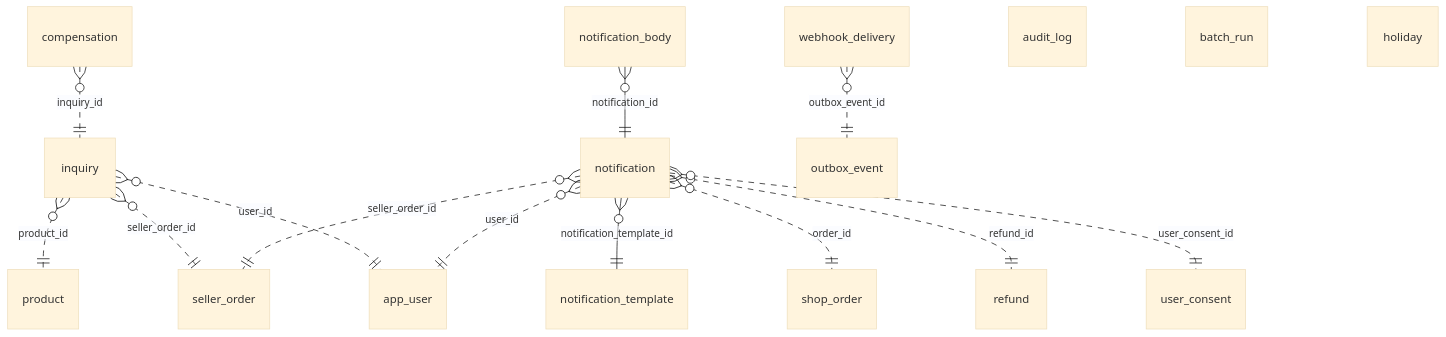
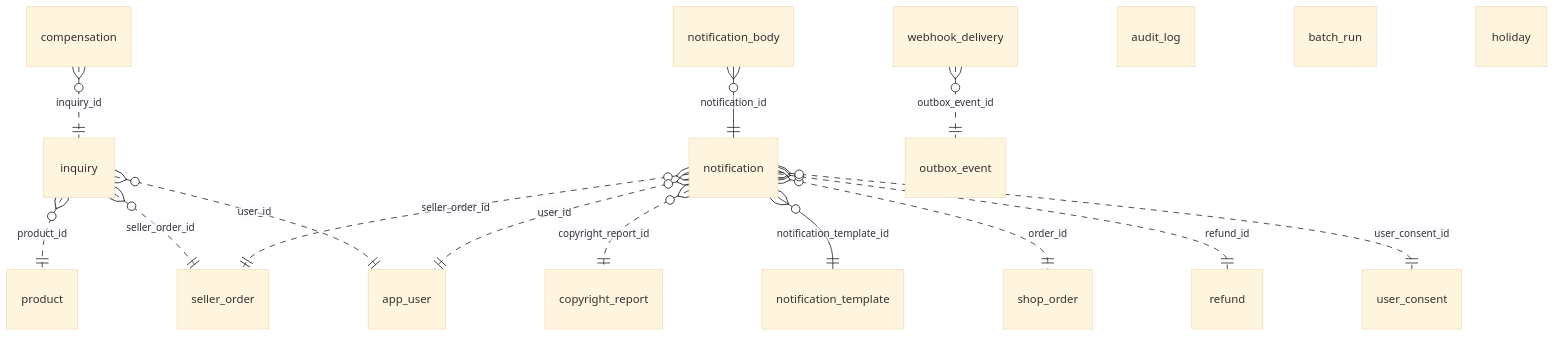
One commit to ejg93/ProjectShop changed the diagram in doc/erd/ops.md. Above: the diagram before and after it, drawn with Mermaid (base theme). The commit also changed 20 other files, not shown here.

````diff
--- a/doc/erd/ops.md
+++ b/doc/erd/ops.md
@@ -6,21 +6,22 @@
 ```mermaid
 erDiagram
     compensation }o..|| inquiry : "inquiry_id"
     inquiry }o..|| product : "product_id"
     inquiry }o..|| seller_order : "seller_order_id"
     inquiry }o..|| app_user : "user_id"
+    notification }o..|| copyright_report : "copyright_report_id"
     notification }o--|| notification_template : "notification_template_id"
     notification }o..|| shop_order : "order_id"
     notification }o..|| refund : "refund_id"
     notification }o..|| seller_order : "seller_order_id"
     notification }o..|| user_consent : "user_consent_id"
     notification }o..|| app_user : "user_id"
     notification_body }o--|| notification : "notification_id"
     webhook_delivery }o..|| outbox_event : "outbox_event_id"
     audit_log {
     }
     batch_run {
     }
     holiday {
     }
 ```
````
